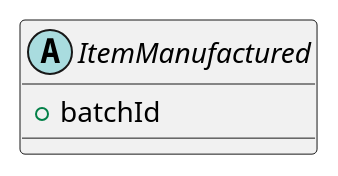
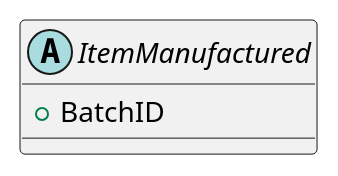
Before and after one commit to chronicleworks/chronicle-examples: the diagram in docs/diagrams/include/manufacturing_item_manufactured.iuml, drawn with PlantUML. The commit also changed 3 other files, not shown here.

```diff
--- a/docs/diagrams/include/manufacturing_item_manufactured.iuml
+++ b/docs/diagrams/include/manufacturing_item_manufactured.iuml
@@ -1,3 +1,3 @@
 abstract ItemManufactured {
-    + batchId
+    + BatchID
 }
```
